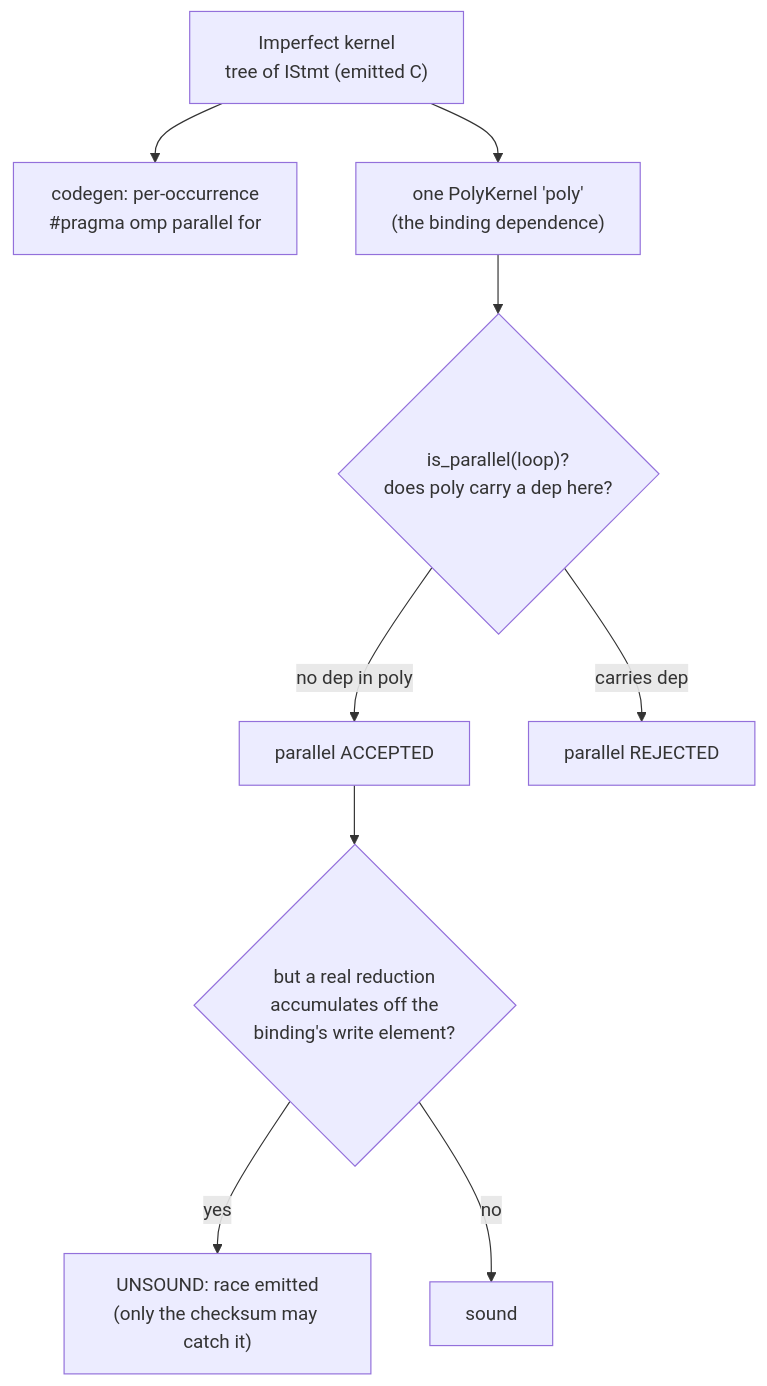
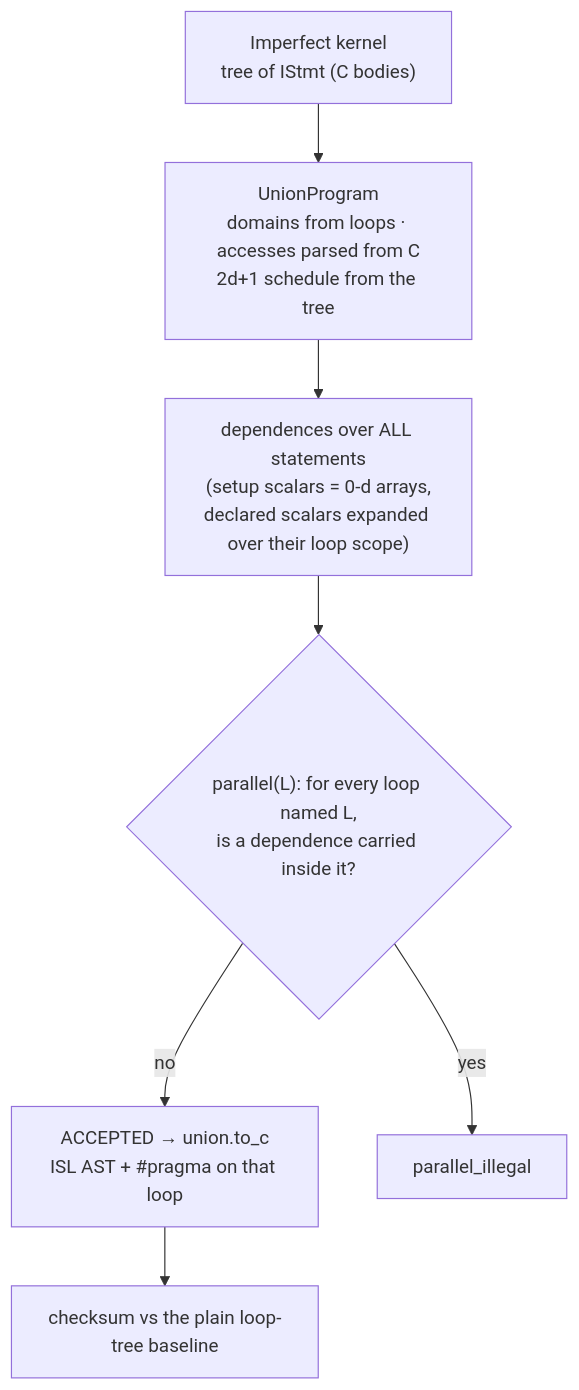
Before and after one commit to cluster2600/cluster_compilot: the fifth of 5 diagrams in docs/architecture.md, drawn with Mermaid. The commit also changed other lines of this file and 3 other files, not shown here.

First line of the commit message:
Docs: PolyBench datasets, exact union model, fuse/shift, measurement notes

````diff
--- a/docs/architecture.md
+++ b/docs/architecture.md
@@ -134,11 +135,9 @@
 ```mermaid
 flowchart TD
-  ST["Imperfect kernel<br/>tree of IStmt (emitted C)"] --> CG2["codegen: per-occurrence<br/>#pragma omp parallel for"]
-  ST --> PK["one PolyKernel 'poly'<br/>(the binding dependence)"]
-  PK --> LEG2{"is_parallel(loop)?<br/>does poly carry a dep here?"}
-  LEG2 -- "no dep in poly" --> ACC["parallel ACCEPTED"]
-  ACC --> RACE{"but a real reduction<br/>accumulates off the<br/>binding's write element?"}
-  RACE -- yes --> BUG["UNSOUND: race emitted<br/>(only the checksum may catch it)"]
-  RACE -- no --> SAFE["sound"]
-  LEG2 -- "carries dep" --> REJ["parallel REJECTED"]
+  ST["Imperfect kernel<br/>tree of IStmt (C bodies)"] --> UP["UnionProgram<br/>domains from loops · accesses parsed from C<br/>2d+1 schedule from the tree"]
+  UP --> D["dependences over ALL statements<br/>(setup scalars = 0-d arrays,<br/>declared scalars expanded over their loop scope)"]
+  D --> LEG2{"parallel(L): for every loop named L,<br/>is a dependence carried inside it?"}
+  LEG2 -- "no" --> ACC["ACCEPTED → union.to_c<br/>ISL AST + #pragma on that loop"]
+  LEG2 -- "yes" --> REJ["parallel_illegal"]
+  ACC --> CK["checksum vs the plain loop-tree baseline"]
 ```
````
